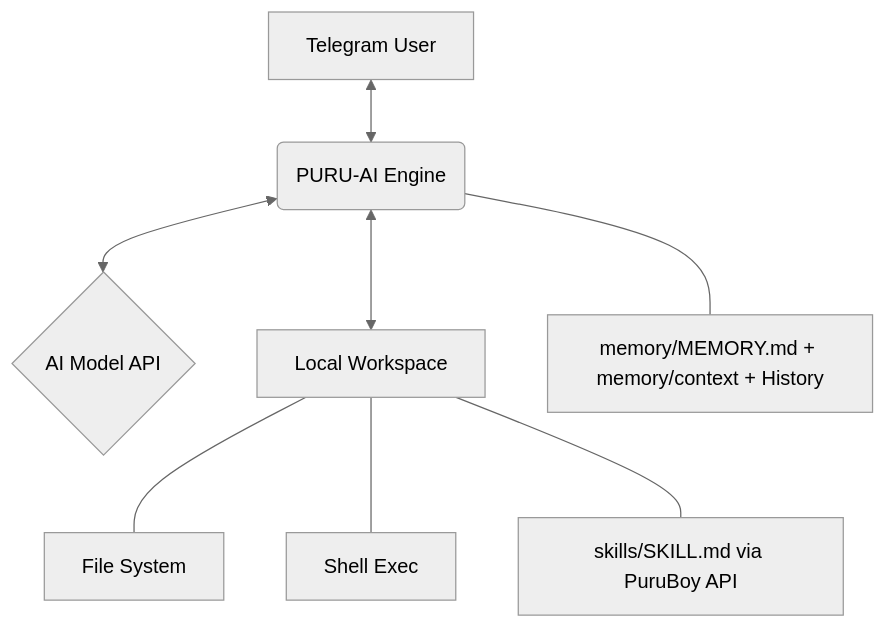
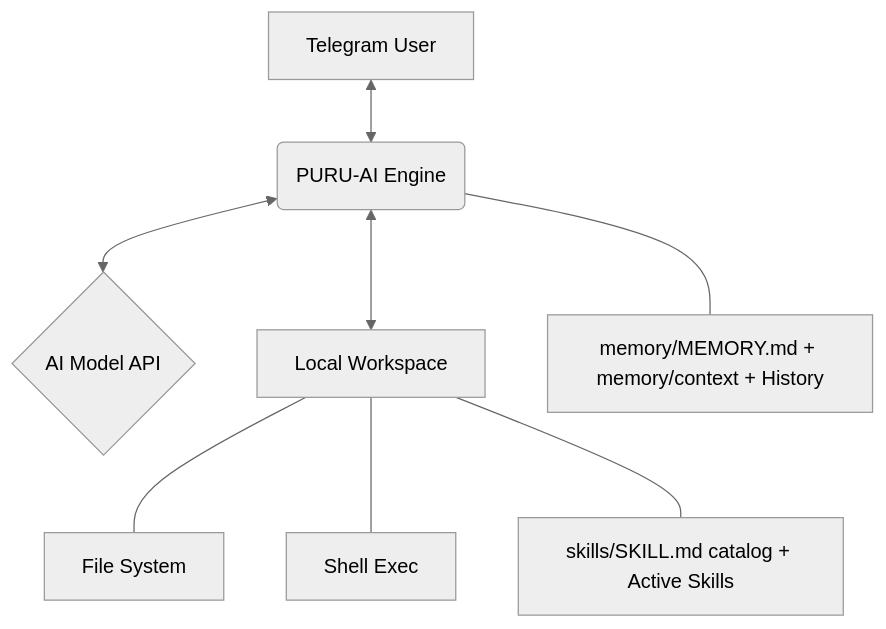
Before and after one commit to purujawa06-bot/PURU-AI: the diagram in README.md, drawn with Mermaid (neutral theme). The commit also changed other lines of this file and 7 other files, not shown here.

Commit message:
feat: picoclaw 1:1 skills schema with builtin find-skills and skill-creator

````diff
--- a/README.md
+++ b/README.md
@@ -25,10 +25,10 @@
 ```mermaid
 graph TD
     User[Telegram User] <--> Engine(PURU-AI Engine)
     Engine <--> LLM{AI Model API}
     Engine <--> Workspace[Local Workspace]
     Workspace --- Files[File System]
     Workspace --- Shell[Shell Exec]
-    Workspace --- Skills[skills/SKILL.md via PuruBoy API]
+    Workspace --- Skills[skills/SKILL.md catalog + Active Skills]
     Engine --- State[memory/MEMORY.md + memory/context + History]
 ```
````
